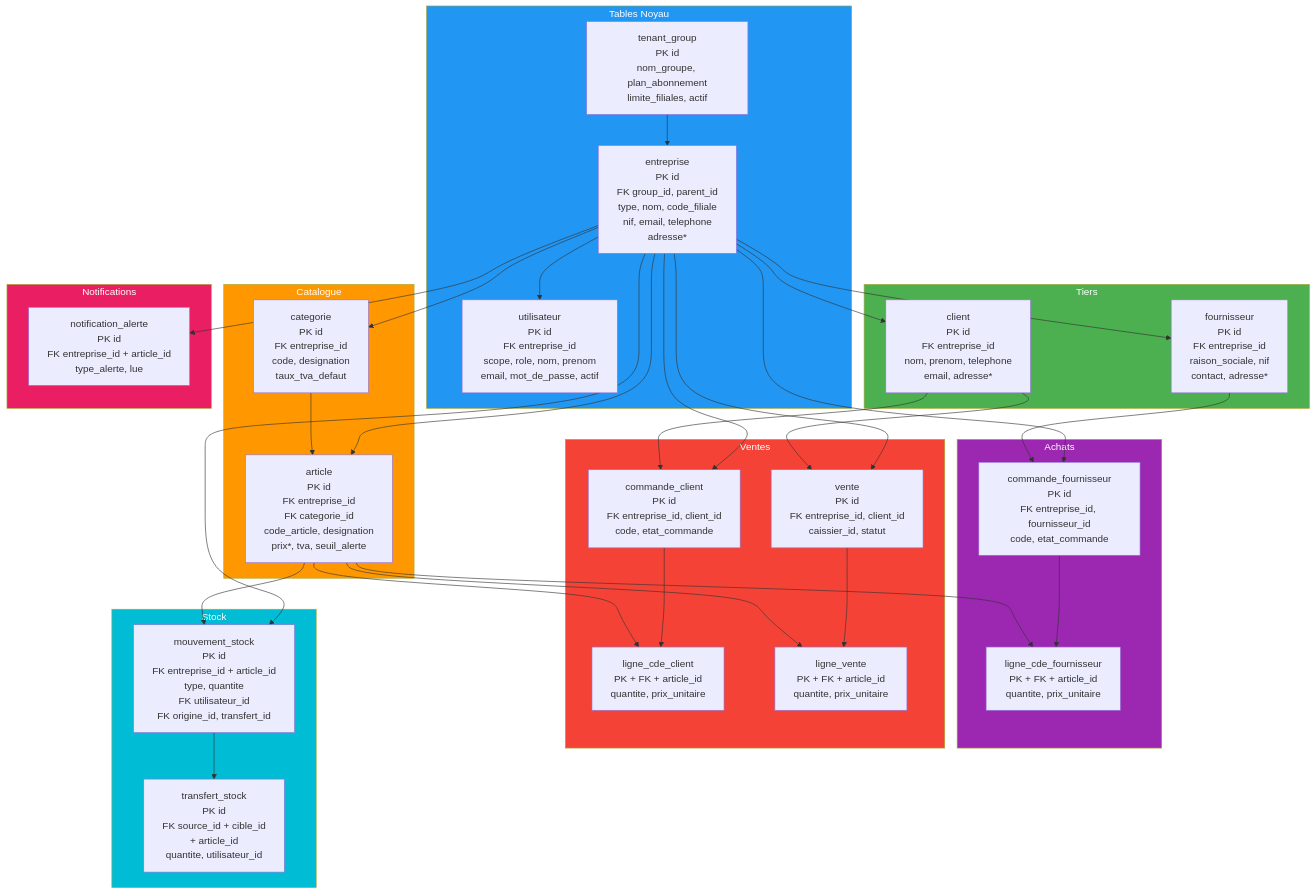
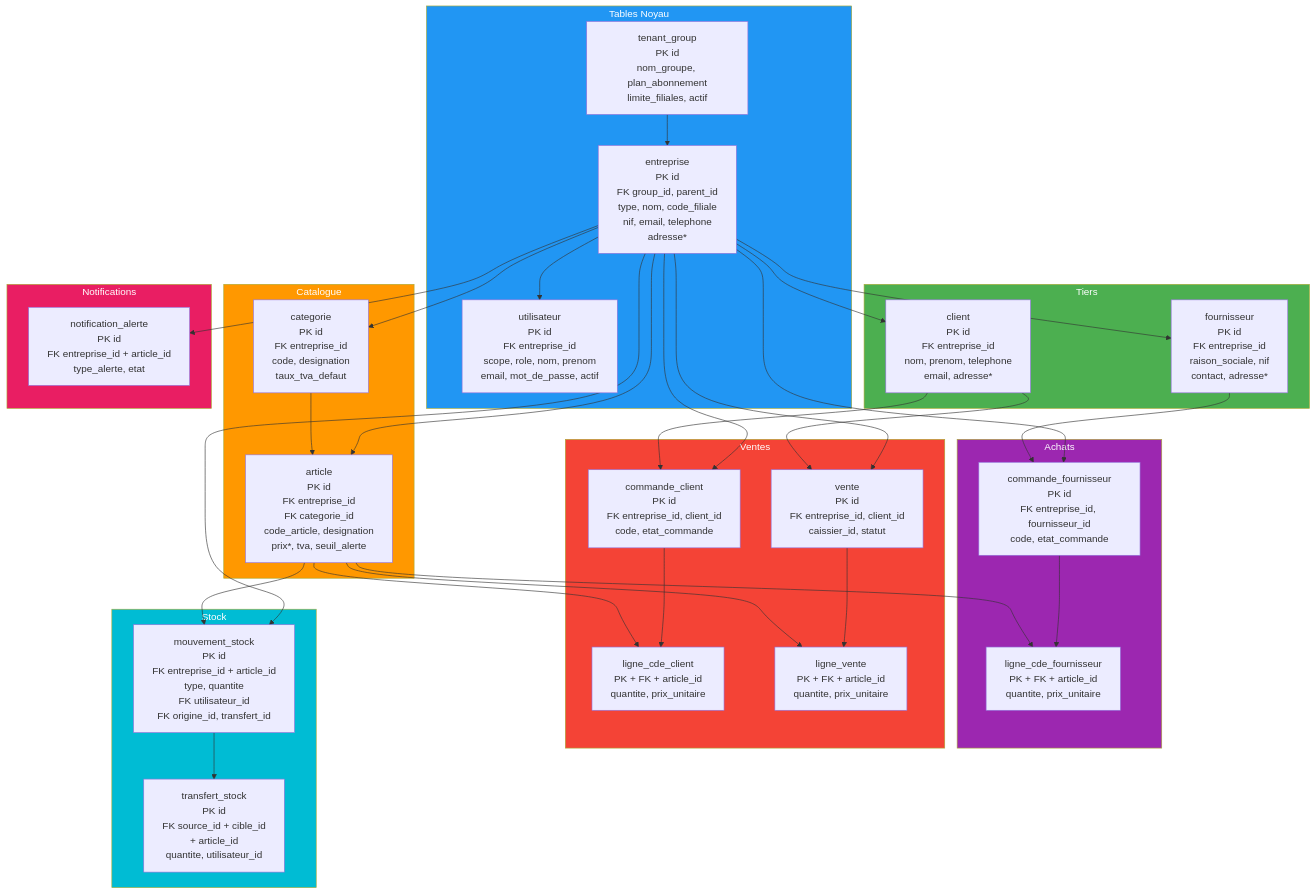
Before and after one commit to ulruchdev/gestion_de_stok_multifiliale: the second of 2 diagrams in document/diagrams/13-modele-donnees-erd.md, drawn with Mermaid. The commit also changed 7 other files, not shown here.

First line of the commit message:
docs(GS-REF): unifier stock, alertes et schema cible (DEC-004/010/033)

````diff
--- a/document/diagrams/13-modele-donnees-erd.md
+++ b/document/diagrams/13-modele-donnees-erd.md
@@ -38,71 +38,71 @@
 ```mermaid
 graph TD
     subgraph Core["Tables Noyau"]
         TG[tenant_group<br/>PK id<br/>nom_groupe, plan_abonnement<br/>limite_filiales, actif]
         E[entreprise<br/>PK id<br/>FK group_id, parent_id<br/>type, nom, code_filiale<br/>nif, email, telephone<br/>adresse*]
         U[utilisateur<br/>PK id<br/>FK entreprise_id<br/>scope, role, nom, prenom<br/>email, mot_de_passe, actif]
     end
 
     subgraph Catalog["Catalogue"]
         CAT[categorie<br/>PK id<br/>FK entreprise_id<br/>code, designation<br/>taux_tva_defaut]
         ART[article<br/>PK id<br/>FK entreprise_id<br/>FK categorie_id<br/>code_article, designation<br/>prix*, tva, seuil_alerte]
     end
 
     subgraph Tiers["Tiers"]
         CL[client<br/>PK id<br/>FK entreprise_id<br/>nom, prenom, telephone<br/>email, adresse*]
         FR[fournisseur<br/>PK id<br/>FK entreprise_id<br/>raison_sociale, nif<br/>contact, adresse*]
     end
 
     subgraph Achats["Achats"]
         CF[commande_fournisseur<br/>PK id<br/>FK entreprise_id, fournisseur_id<br/>code, etat_commande]
         LCF[ligne_cde_fournisseur<br/>PK + FK + article_id<br/>quantite, prix_unitaire]
     end
 
     subgraph Ventes["Ventes"]
         CC[commande_client<br/>PK id<br/>FK entreprise_id, client_id<br/>code, etat_commande]
         LCC[ligne_cde_client<br/>PK + FK + article_id<br/>quantite, prix_unitaire]
         V[vente<br/>PK id<br/>FK entreprise_id, client_id<br/>caissier_id, statut]
         LV[ligne_vente<br/>PK + FK + article_id<br/>quantite, prix_unitaire]
     end
 
     subgraph Stock["Stock"]
         MS[mouvement_stock<br/>PK id<br/>FK entreprise_id + article_id<br/>type, quantite<br/>FK utilisateur_id<br/>FK origine_id, transfert_id]
         TS[transfert_stock<br/>PK id<br/>FK source_id + cible_id<br/>+ article_id<br/>quantite, utilisateur_id]
     end
 
     subgraph Notif["Notifications"]
-        NA[notification_alerte<br/>PK id<br/>FK entreprise_id + article_id<br/>type_alerte, lue]
+        NA[notification_alerte<br/>PK id<br/>FK entreprise_id + article_id<br/>type_alerte, etat]
     end
 
     TG --> E
     E --> U
     E --> CAT
     E --> ART
     E --> CL
     E --> FR
     E --> CF
     E --> CC
     E --> V
     E --> MS
     E --> NA
     CAT --> ART
     CL --> CC
     CL --> V
     FR --> CF
     CF --> LCF
     CC --> LCC
     V --> LV
     ART --> LCF
     ART --> LCC
     ART --> LV
     ART --> MS
     MS --> TS
 
     style Core fill:#2196F3,color:white
     style Catalog fill:#FF9800,color:white
     style Tiers fill:#4CAF50,color:white
     style Achats fill:#9C27B0,color:white
     style Ventes fill:#f44336,color:white
     style Stock fill:#00BCD4,color:white
     style Notif fill:#E91E63,color:white
 ```
````
